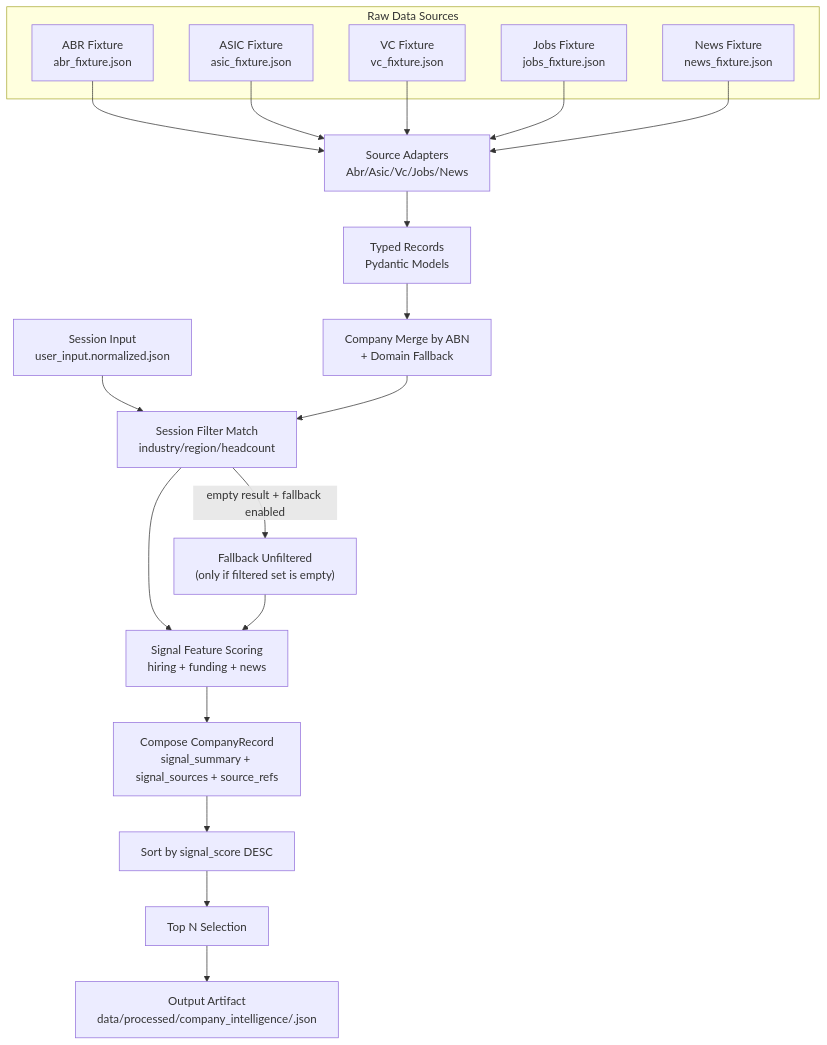
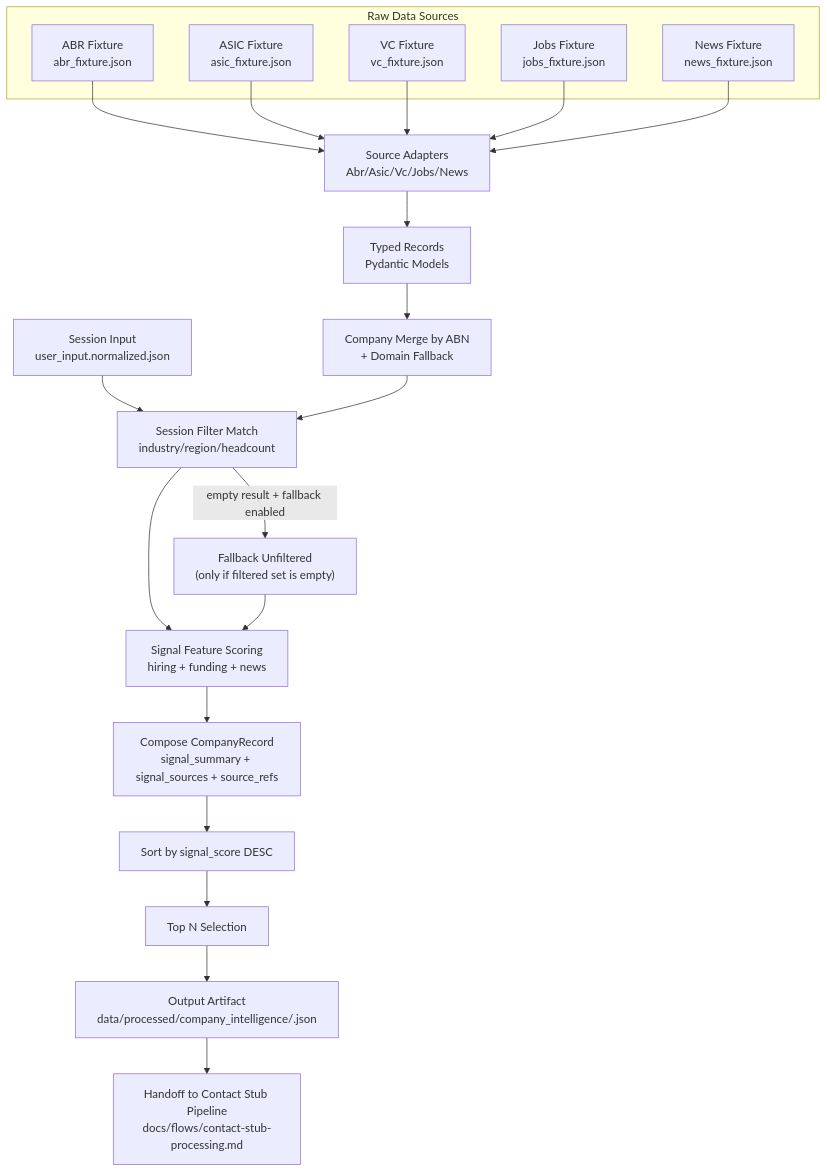
One commit to ttranglinh/Active changed the diagram in docs/flows/company-intelligence-processing.md. Above: the diagram before and after it, drawn with Mermaid. The commit also changed other lines of this file and 5 other files, not shown here.

Commit message:
Contact stub creation pipeline, Supabase setup

````diff
--- a/docs/flows/company-intelligence-processing.md
+++ b/docs/flows/company-intelligence-processing.md
@@ -12,35 +12,37 @@
 ```mermaid
 flowchart TD
     A[Session Input\nuser_input.normalized.json]
 
     subgraph RAW[Raw Data Sources]
       B1[ABR Fixture\nabr_fixture.json]
       B2[ASIC Fixture\nasic_fixture.json]
       B3[VC Fixture\nvc_fixture.json]
       B4[Jobs Fixture\njobs_fixture.json]
       B5[News Fixture\nnews_fixture.json]
     end
 
     C[Source Adapters\nAbr/Asic/Vc/Jobs/News]
     D[Typed Records\nPydantic Models]
     E[Company Merge by ABN\n+ Domain Fallback]
     F[Session Filter Match\nindustry/region/headcount]
     G[Signal Feature Scoring\nhiring + funding + news]
     H[Compose CompanyRecord\nsignal_summary + signal_sources + source_refs]
     I[Sort by signal_score DESC]
     J[Top N Selection]
     K[Output Artifact\ndata/processed/company_intelligence/<run_id>.json]
+    M[Handoff to Contact Stub Pipeline\ndocs/flows/contact-stub-processing.md]
     L["Fallback Unfiltered<br/>(only if filtered set is empty)"]
 
     B1 --> C
     B2 --> C
     B3 --> C
     B4 --> C
     B5 --> C
 
     C --> D --> E
     A --> F
     E --> F
     F --> G --> H --> I --> J --> K
+    K --> M
     F -->|empty result + fallback enabled| L --> G
 ```
````
